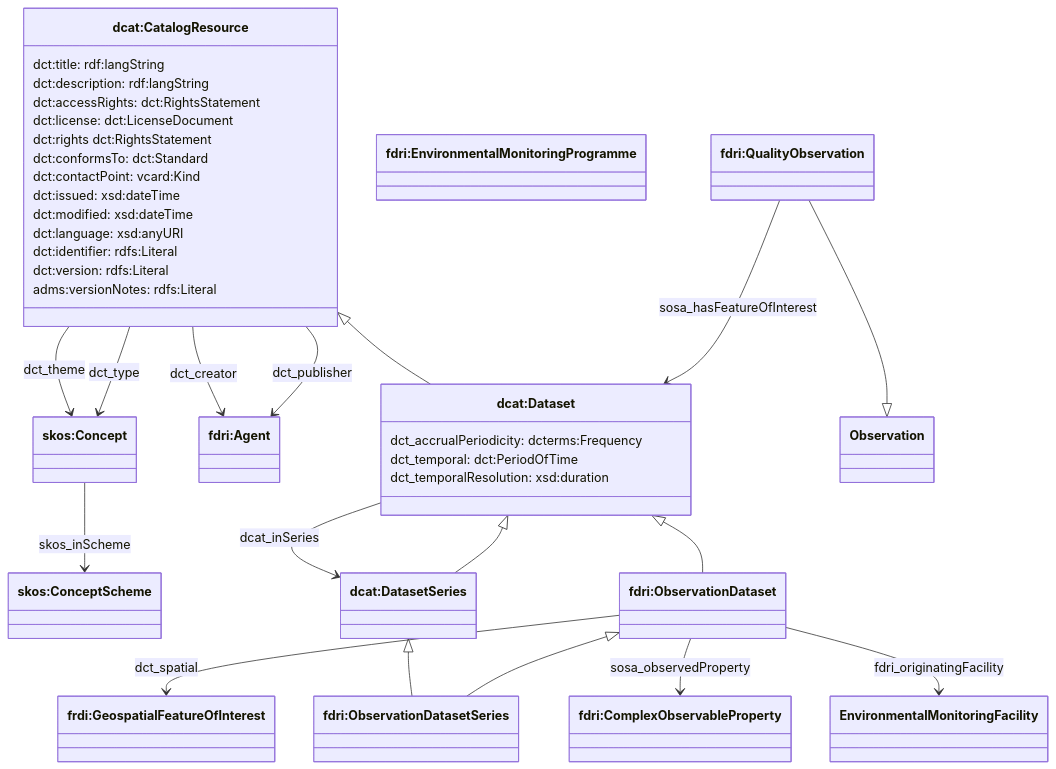
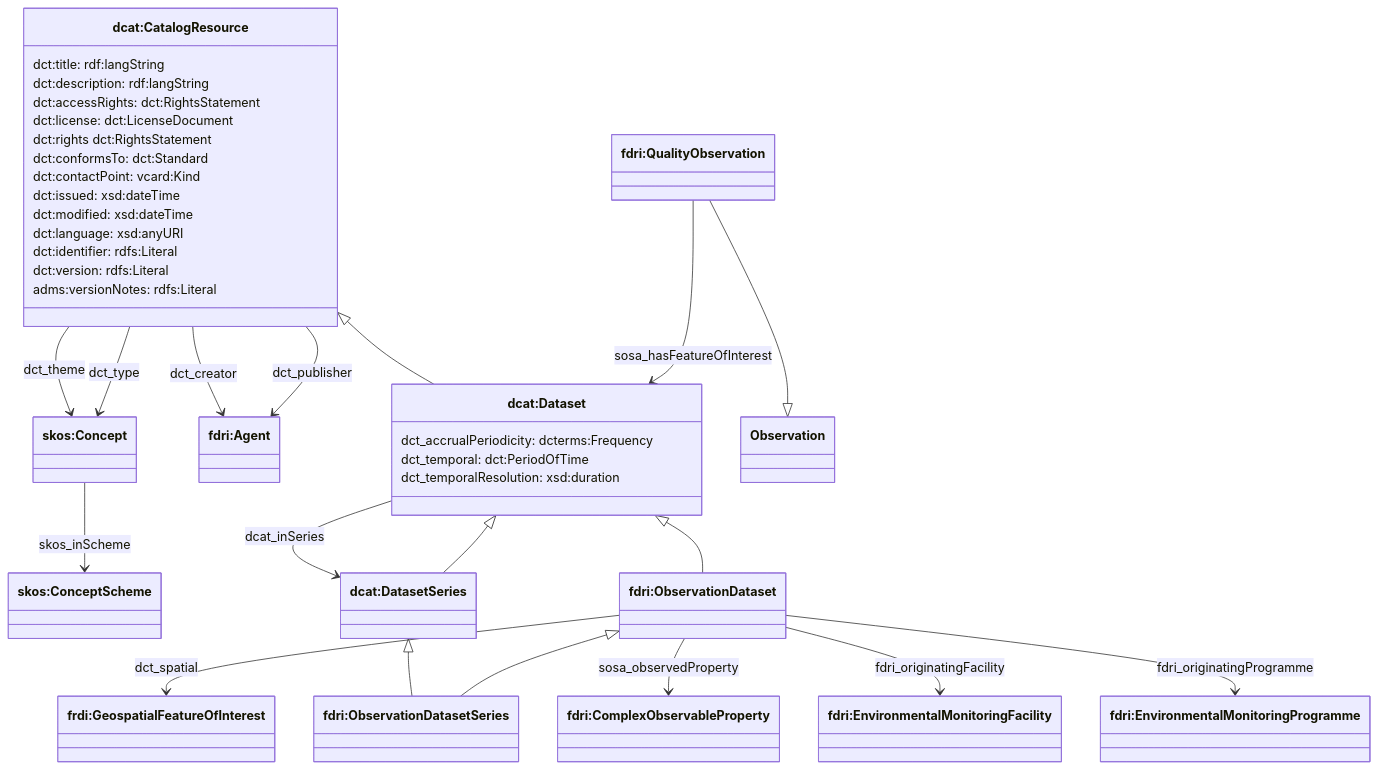
One commit to NERC-CEH/fdri-ontology changed the third of 3 diagrams in ontology/doc/high-level-catalog-structure.md. Above: the diagram before and after it, drawn with Mermaid. The commit also changed other lines of this file and 2 other files, not shown here.

Commit message:
Add fdri:originatingProgramme property

````diff
--- a/ontology/doc/high-level-catalog-structure.md
+++ b/ontology/doc/high-level-catalog-structure.md
@@ -113,55 +115,57 @@
 ```mermaid
   classDiagram
   class CatalogResource["dcat:CatalogResource"]
   class Concept["skos:Concept"]
   class ConceptScheme["skos:ConceptScheme"]
   class ObservedProperty["fdri:ComplexObservableProperty"]
   class Program["fdri:EnvironmentalMonitoringProgramme"]
+  class Facility["fdri:EnvironmentalMonitoringFacility"]
   class Agent["fdri:Agent"]
   class GeospatialFeatureOfInterest["frdi:GeospatialFeatureOfInterest"]
   class QualityObservation["fdri:QualityObservation"]
   class Dataset["dcat:Dataset"]
   class ObservationDataset["fdri:ObservationDataset"]
   class ObservationDatasetSeries["fdri:ObservationDatasetSeries"]
   class DatasetSeries["dcat:DatasetSeries"]
   class Dataset {
     dct_accrualPeriodicity: dcterms:Frequency
     dct_temporal: dct:PeriodOfTime
     dct_temporalResolution: xsd:duration
   }
   class CatalogResource {
     dct:title: rdf:langString
     dct:description: rdf:langString
 
     dct:accessRights: dct:RightsStatement
     dct:license: dct:LicenseDocument
     dct:rights dct:RightsStatement
 
     dct:conformsTo: dct:Standard
     dct:contactPoint: vcard:Kind
     dct:issued: xsd:dateTime
     dct:modified: xsd:dateTime
     dct:language: xsd:anyURI
     dct:identifier: rdfs:Literal
 
     dct:version: rdfs:Literal
     adms:versionNotes: rdfs:Literal
   }
 
   CatalogResource <|-- Dataset
   Concept --> ConceptScheme: skos_inScheme
   ObservationDataset --> GeospatialFeatureOfInterest : dct_spatial
   Dataset <|-- ObservationDataset
   DatasetSeries <|-- ObservationDatasetSeries
   ObservationDataset <|-- ObservationDatasetSeries
   CatalogResource --> Concept: dct_theme
   ObservationDataset --> ObservedProperty: sosa_observedProperty
-  ObservationDataset --> EnvironmentalMonitoringFacility: fdri_originatingFacility
+  ObservationDataset --> Facility: fdri_originatingFacility
+  ObservationDataset --> Program: fdri_originatingProgramme
   CatalogResource --> Agent: dct_creator
   CatalogResource --> Agent: dct_publisher
   DatasetSeries --|> Dataset
   Dataset --> DatasetSeries: dcat_inSeries
   CatalogResource --> Concept: dct_type
   QualityObservation --|> Observation
   QualityObservation --> Dataset: sosa_hasFeatureOfInterest
 ```
````
